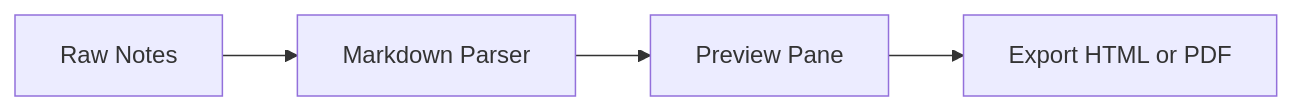
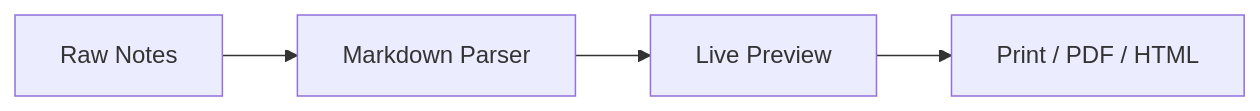
The first of 2 diagrams in public/sample.md (wanforge/markdown-live), drawn with Mermaid before and after one commit. The commit also changed other lines of this file and 1 other file, not shown here.

Commit message:
refactor: update README and sample markdown for clarity and improved structure

````diff
--- a/public/sample.md
+++ b/public/sample.md
@@ -114,6 +110,6 @@
 ```mermaid
 flowchart LR
-        A[Raw Notes] --> B[Markdown Parser]
-        B --> C[Preview Pane]
-        C --> D[Export HTML or PDF]
+    A[Raw Notes] --> B[Markdown Parser]
+    B --> C[Live Preview]
+    C --> D[Print / PDF / HTML]
 ```
````
